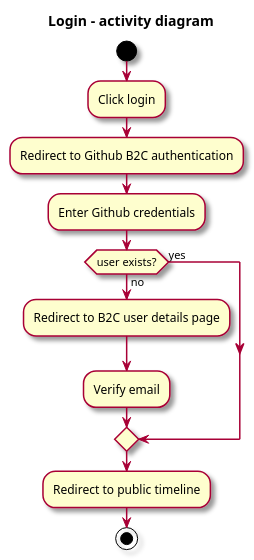
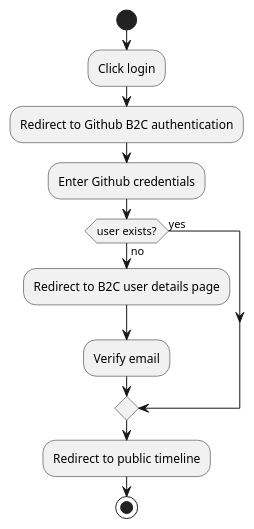
One commit to ITU-BDSA23-GROUP15/Chirp changed the diagram in docs/figures/user_activity_login.puml. Above: the diagram before and after it, drawn with PlantUML. The commit also changed 11 other files, not shown here.

```diff
--- a/docs/figures/user_activity_login.puml
+++ b/docs/figures/user_activity_login.puml
@@ -1,19 +1,13 @@
 @startuml user_activity_login
-
-skin rose
-
-title Login - activity diagram
-
-
 start
 :Click login;
 :Redirect to Github B2C authentication;
 :Enter Github credentials;
 if (user exists?) then (yes)
 else (no)
 :Redirect to B2C user details page;
 :Verify email;
 endif
 :Redirect to public timeline;
 stop
 @enduml
```
